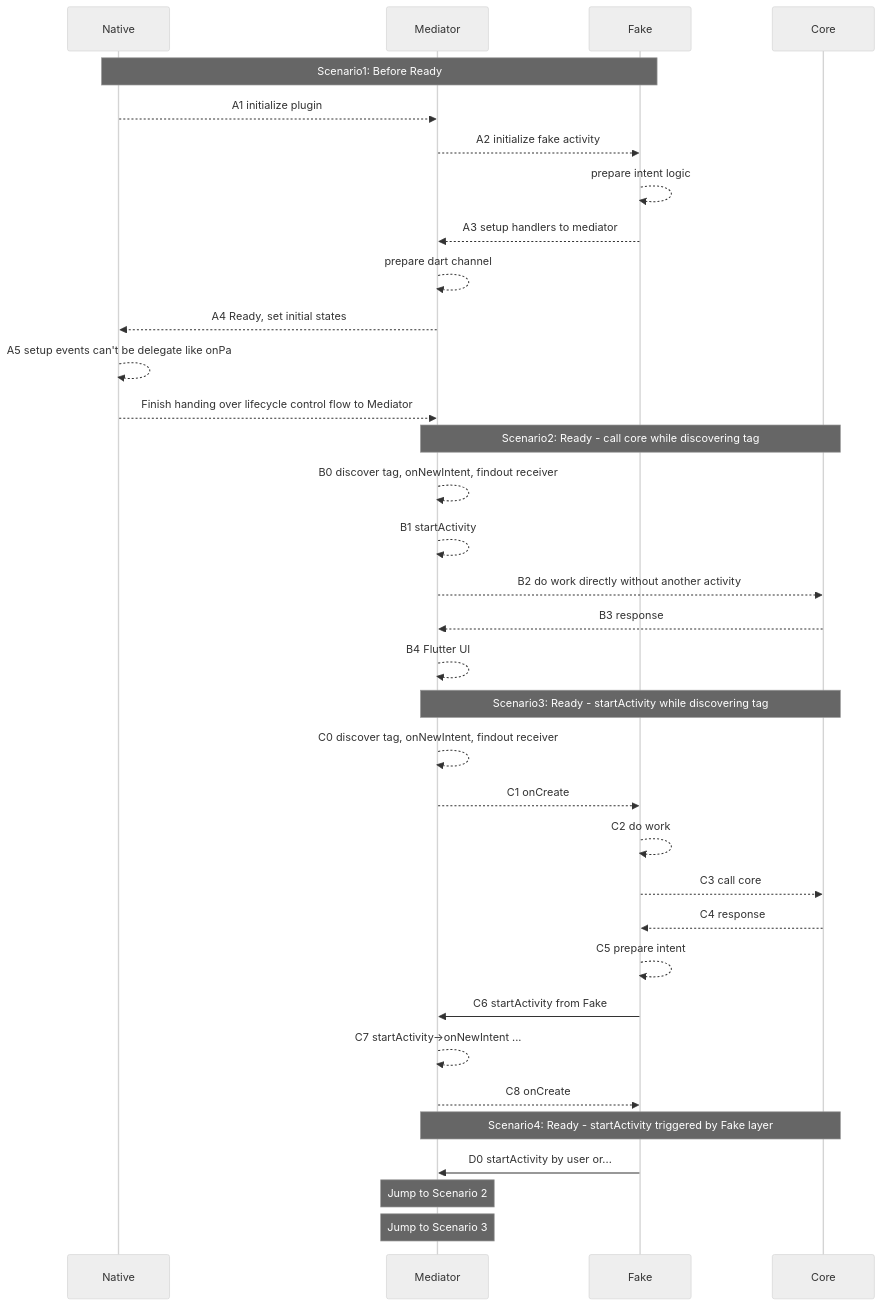
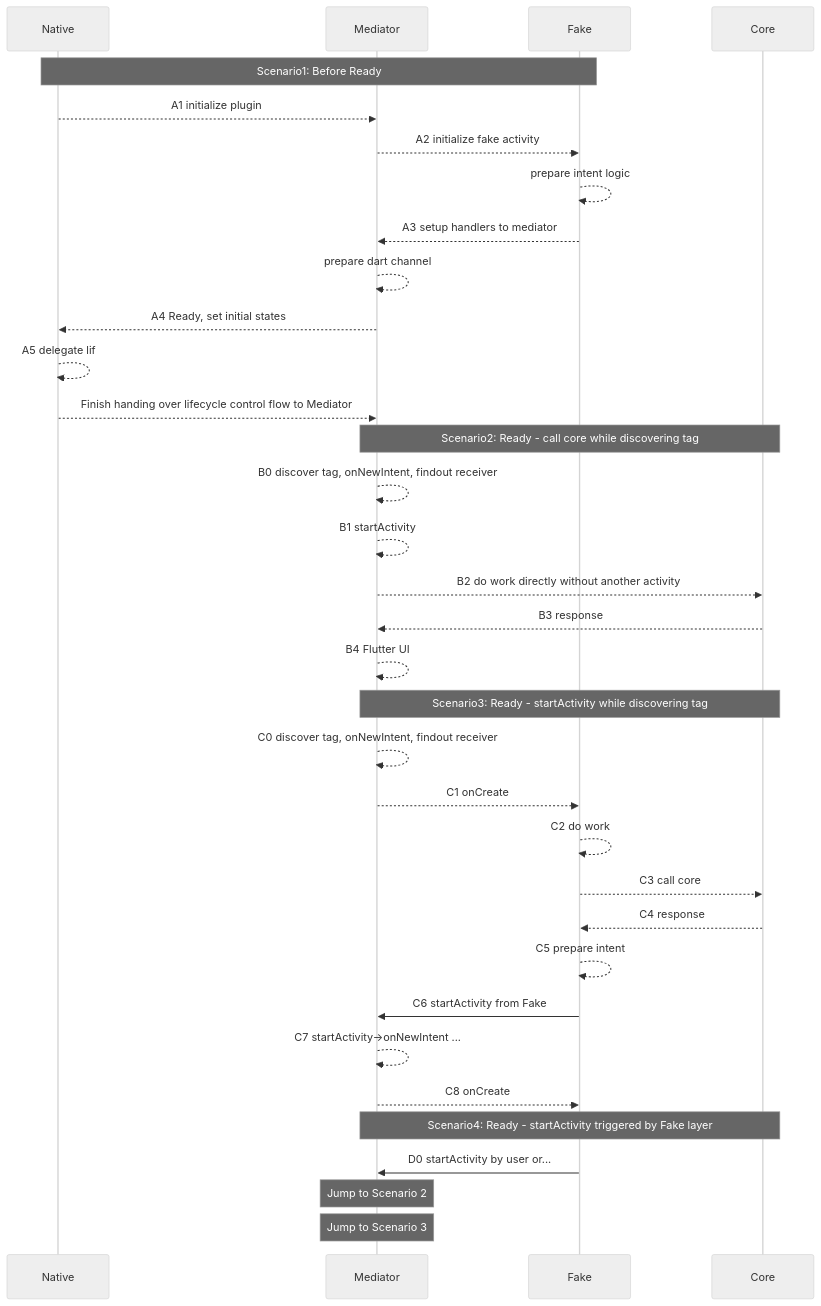
Before and after one commit to gordianknotC/nxp_note: the first of 2 diagrams in flutter/android_to_flutter.md, drawn with Mermaid (neutral theme). The commit also changed other lines of this file, not shown here.

Commit message:
flutter/android_to_flutter.md updated from https://stackedit.io/

````diff
--- a/flutter/android_to_flutter.md
+++ b/flutter/android_to_flutter.md
@@ -4,51 +4,51 @@
 ```mermaid
 sequenceDiagram
 participant Native
 participant Mediator
 participant Fake
 participant Core
 
 
 Note over Native, Fake: Scenario1: Before Ready
 
 Native -->> Mediator: A1 initialize plugin
 Mediator -->> Fake: A2 initialize fake activity
 Fake -->> Fake: prepare intent logic
 Fake -->> Mediator: A3 setup handlers to mediator
 Mediator -->> Mediator: prepare dart channel
 Mediator -->> Native: A4 Ready, set initial states
-Native -->> Native: A5 setup events can't be delegate like onPa
+Native -->> Native: A5 delegate lif
 Native -->> Mediator: Finish handing over lifecycle control flow to Mediator
 
 
 Note over Mediator, Core: Scenario2: Ready - call core while discovering tag 
 
 Mediator-->> Mediator: B0 discover tag, onNewIntent, findout receiver
 Mediator-->>Mediator: B1 startActivity
 Mediator-->>Core: B2 do work directly without another activity
 Core-->>Mediator: B3 response
 Mediator-->>Mediator: B4 Flutter UI
 
 
 Note over Mediator, Core: Scenario3: Ready - startActivity while discovering tag
 
 Mediator-->> Mediator: C0 discover tag, onNewIntent, findout receiver
 Mediator-->>Fake: C1 onCreate
 Fake-->>Fake: C2 do work
 Fake-->>Core:C3 call core
 Core-->>Fake:C4 response
 Fake-->>Fake:C5 prepare intent
 Fake->>Mediator: C6 startActivity from Fake
 Mediator-->>Mediator: C7 startActivity->onNewIntent ...
 Mediator-->>Fake: C8 onCreate
 
 
 Note over Mediator, Core: Scenario4: Ready - startActivity triggered by Fake layer
 
 Fake->>Mediator: D0 startActivity by user or...
 
 
 Note over Mediator: Jump to Scenario 2
 Note over Mediator: Jump to Scenario 3
 
 ```
````
